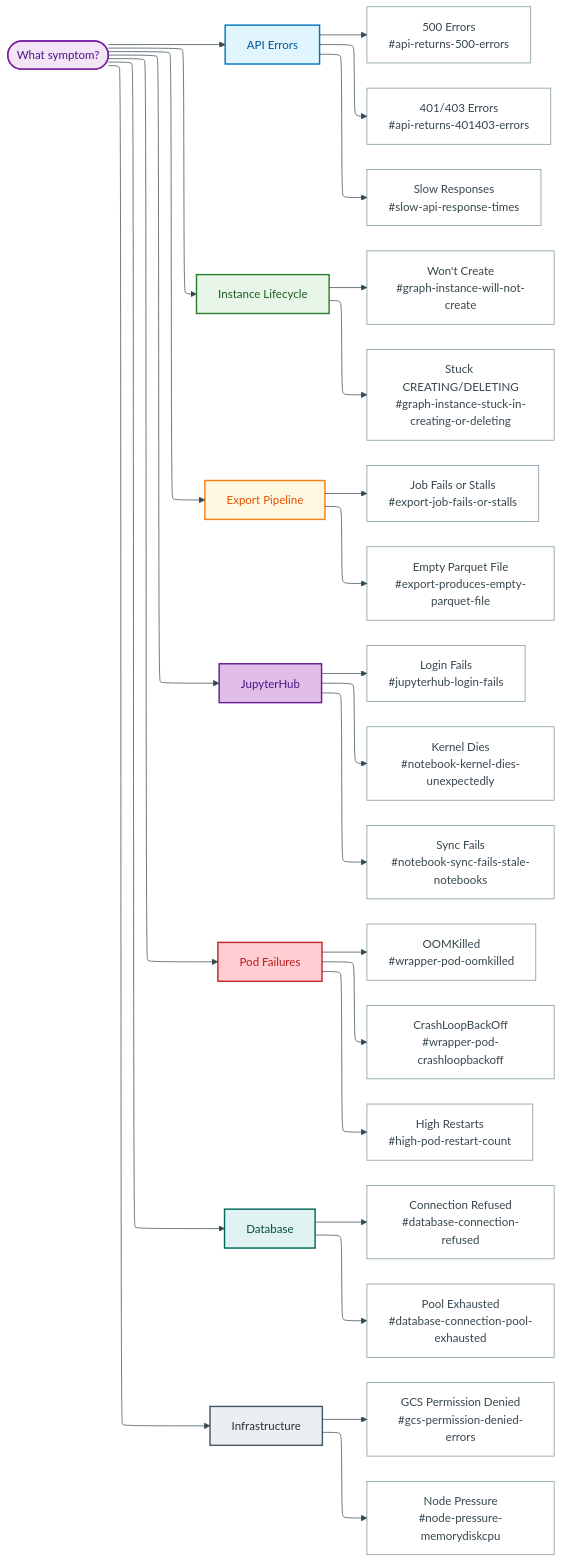
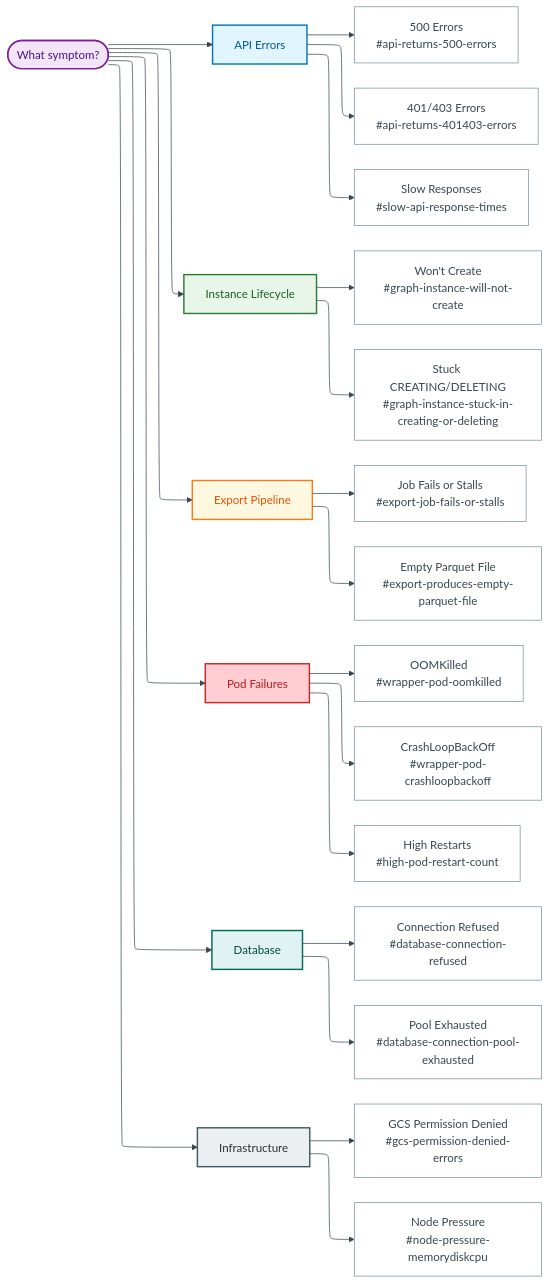
Before and after one commit to b4uharsha/newgraph: the third of 5 diagrams in documentation/src/content/docs/operations/troubleshooting-runbook.md, drawn with Mermaid. The commit also changed other lines of this file and 88 other files, not shown here.

````diff
--- a/documentation/src/content/docs/operations/troubleshooting-runbook.md
+++ b/documentation/src/content/docs/operations/troubleshooting-runbook.md
@@ -227,57 +218,51 @@
 ```mermaid
 ---
 config:
   layout: elk
   elk:
     mergeEdges: false
     nodePlacementStrategy: BRANDES_KOEPF
 ---
 %%{init: {"theme": "base", "themeVariables": {"primaryColor": "#E1F5FE", "primaryTextColor": "#01579B", "primaryBorderColor": "#0277BD", "lineColor": "#37474F"}}}%%
 flowchart LR
     accTitle: Symptom Triage Decision Tree
     accDescr: Routes operators from observed symptoms to the correct troubleshooting section
 
     classDef start fill:#F3E5F5,stroke:#7B1FA2,stroke-width:2px,color:#4A148C
     classDef api fill:#E1F5FE,stroke:#0277BD,stroke-width:2px,color:#01579B
     classDef instance fill:#E8F5E9,stroke:#2E7D32,stroke-width:2px,color:#1B5E20
     classDef export fill:#FFF8E1,stroke:#F57F17,stroke-width:2px,color:#E65100
-    classDef jupyter fill:#E1BEE7,stroke:#6A1B9A,stroke-width:2px,color:#4A148C
     classDef pod fill:#FFCDD2,stroke:#C62828,stroke-width:2px,color:#B71C1C
     classDef db fill:#E0F2F1,stroke:#00695C,stroke-width:2px,color:#004D40
     classDef infra fill:#ECEFF1,stroke:#455A64,stroke-width:2px,color:#263238
     classDef leaf fill:#FFFFFF,stroke:#78909C,stroke-width:1px,color:#37474F
 
     S([What symptom?]):::start
 
     S --> API[API Errors]:::api
     S --> INST[Instance Lifecycle]:::instance
     S --> EXP[Export Pipeline]:::export
-    S --> JUP[JupyterHub]:::jupyter
     S --> POD[Pod Failures]:::pod
     S --> DB[Database]:::db
     S --> INF[Infrastructure]:::infra
 
     API --> A1["500 Errors<br/>#api-returns-500-errors"]:::leaf
     API --> A2["401/403 Errors<br/>#api-returns-401403-errors"]:::leaf
     API --> A3["Slow Responses<br/>#slow-api-response-times"]:::leaf
 
     INST --> I1["Won't Create<br/>#graph-instance-will-not-create"]:::leaf
     INST --> I2["Stuck CREATING/DELETING<br/>#graph-instance-stuck-in-creating-or-deleting"]:::leaf
 
     EXP --> E1["Job Fails or Stalls<br/>#export-job-fails-or-stalls"]:::leaf
     EXP --> E2["Empty Parquet File<br/>#export-produces-empty-parquet-file"]:::leaf
 
-    JUP --> J1["Login Fails<br/>#jupyterhub-login-fails"]:::leaf
-    JUP --> J2["Kernel Dies<br/>#notebook-kernel-dies-unexpectedly"]:::leaf
-    JUP --> J3["Sync Fails<br/>#notebook-sync-fails-stale-notebooks"]:::leaf
-
     POD --> P1["OOMKilled<br/>#wrapper-pod-oomkilled"]:::leaf
     POD --> P2["CrashLoopBackOff<br/>#wrapper-pod-crashloopbackoff"]:::leaf
     POD --> P3["High Restarts<br/>#high-pod-restart-count"]:::leaf
 
     DB --> D1["Connection Refused<br/>#database-connection-refused"]:::leaf
     DB --> D2["Pool Exhausted<br/>#database-connection-pool-exhausted"]:::leaf
 
     INF --> N1["GCS Permission Denied<br/>#gcs-permission-denied-errors"]:::leaf
     INF --> N2["Node Pressure<br/>#node-pressure-memorydiskcpu"]:::leaf
 ```
````
